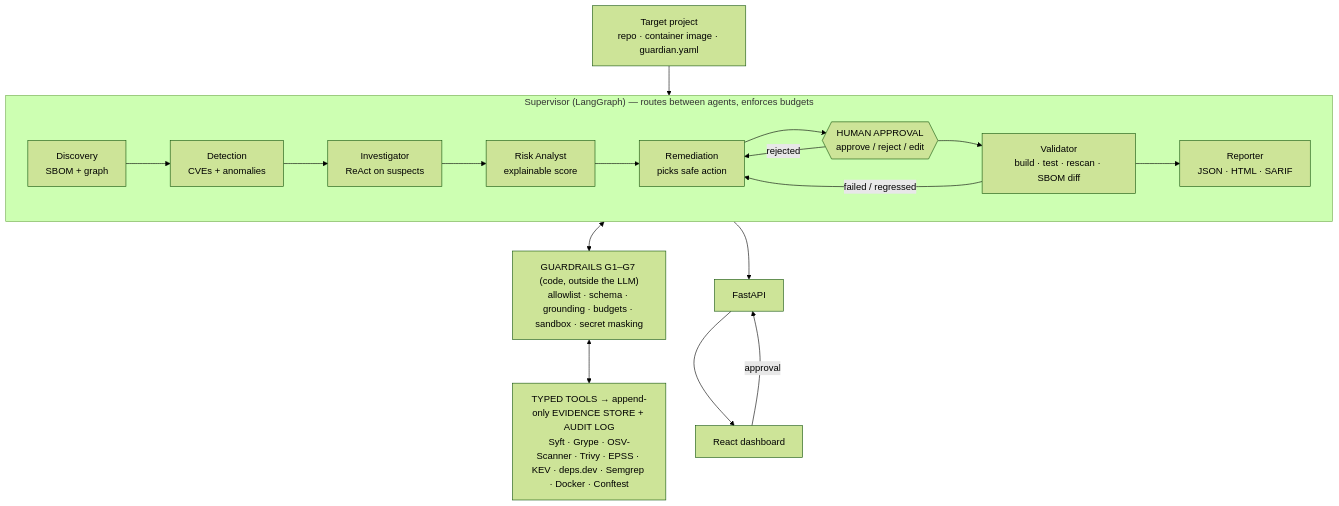
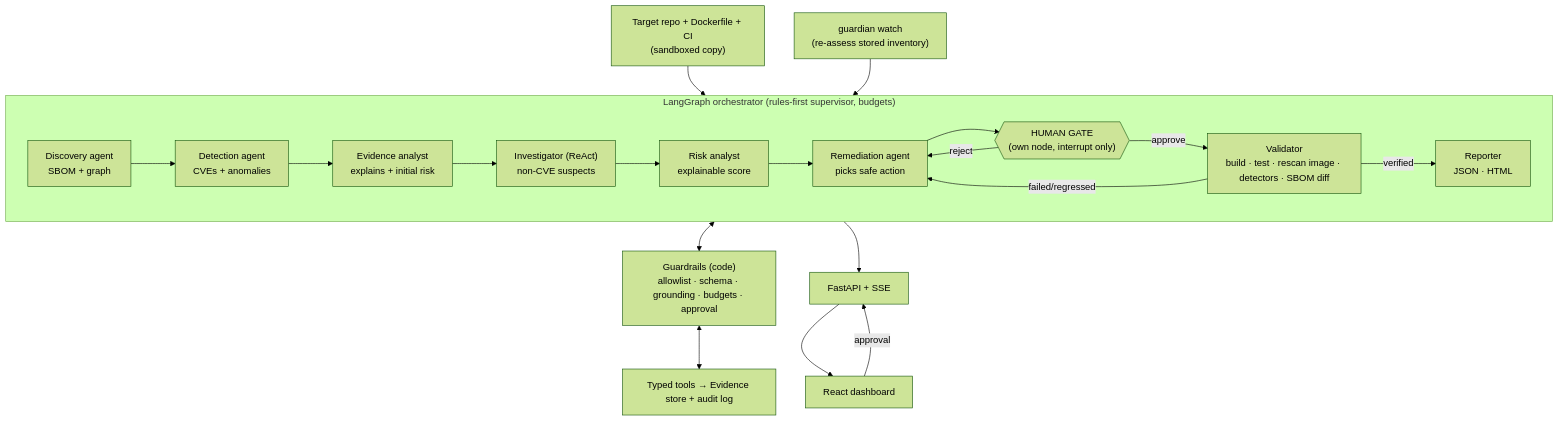
Before and after one commit to dineshsomisetty/Guardian29: the diagram in GUARDIAN_PLAN.md, drawn with Mermaid (forest theme). The commit also changed other lines of this file, not shown here.

````diff
--- a/GUARDIAN_PLAN.md
+++ b/GUARDIAN_PLAN.md
@@ -144,17 +75,19 @@
 ```mermaid
 flowchart TB
-    T["Target project<br/>repo · container image · guardian.yaml"] --> SUP
-
-    subgraph SUP["Supervisor (LangGraph) — routes between agents, enforces budgets"]
+    T["Target repo + Dockerfile + CI<br/>(sandboxed copy)"] --> SUP
+    subgraph SUP["LangGraph orchestrator (rules-first supervisor, budgets)"]
         direction LR
-        DIS["Discovery<br/>SBOM + graph"] --> DET["Detection<br/>CVEs + anomalies"] --> INV["Investigator<br/>ReAct on suspects"] --> RA["Risk Analyst<br/>explainable score"]
-        RA --> REM["Remediation<br/>picks safe action"] --> HG{{"HUMAN APPROVAL<br/>approve / reject / edit"}} --> VAL["Validator<br/>build · test · rescan · SBOM diff"] --> REP["Reporter<br/>JSON · HTML · SARIF"]
-        HG -- rejected --> REM
-        VAL -- failed / regressed --> REM
+        DIS["Discovery agent<br/>SBOM + graph"] --> DET["Detection agent<br/>CVEs + anomalies"] --> EVA["Evidence analyst<br/>explains + initial risk"]
+        EVA --> INV["Investigator (ReAct)<br/>non-CVE suspects"] --> RA["Risk analyst<br/>explainable score"]
+        RA --> REM["Remediation agent<br/>picks safe action"] --> HG{{"HUMAN GATE<br/>(own node, interrupt only)"}}
+        HG -- approve --> VAL["Validator<br/>build · test · rescan image · detectors · SBOM diff"]
+        HG -- reject --> REM
+        VAL -- failed/regressed --> REM
+        VAL -- verified --> REP["Reporter<br/>JSON · HTML"]
     end
-
-    SUP <--> GR["GUARDRAILS G1–G7 (code, outside the LLM)<br/>allowlist · schema · grounding · budgets · sandbox · secret masking"]
-    GR <--> TL["TYPED TOOLS → append-only EVIDENCE STORE + AUDIT LOG<br/>Syft · Grype · OSV-Scanner · Trivy · EPSS · KEV · deps.dev · Semgrep · Docker · Conftest"]
-    SUP --> API["FastAPI"] --> UI["React dashboard"]
+    SUP <--> GR["Guardrails (code)<br/>allowlist · schema · grounding · budgets · approval"]
+    GR <--> TL["Typed tools → Evidence store + audit log"]
+    SUP --> API["FastAPI + SSE"] --> UI["React dashboard"]
     UI -- approval --> API
+    WATCH["guardian watch<br/>(re-assess stored inventory)"] --> SUP
 ```
````
